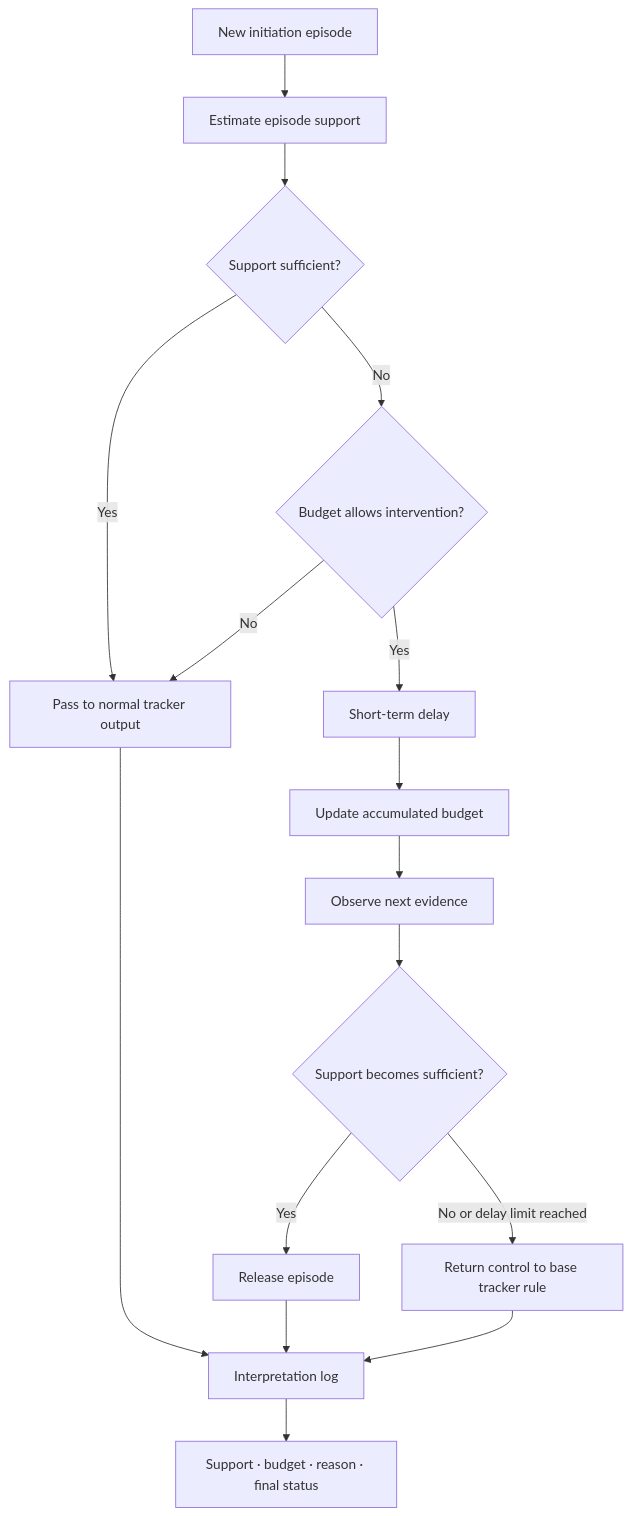
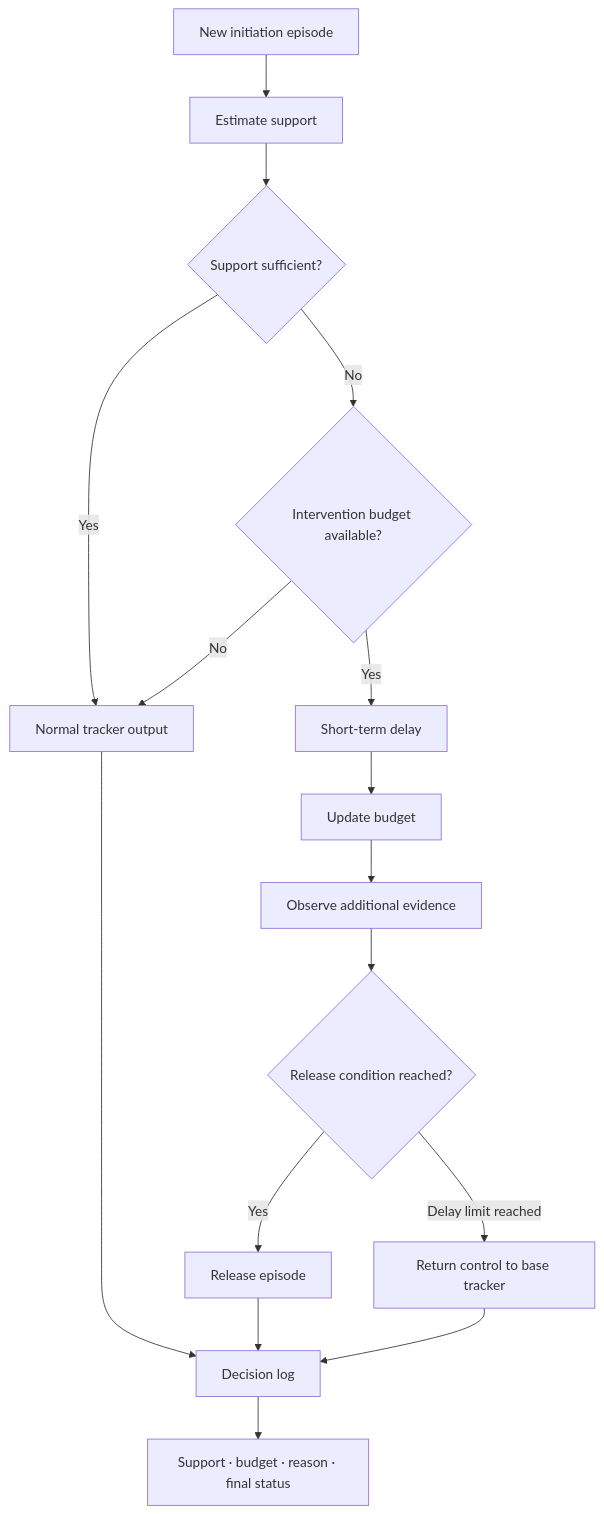
The second of 6 diagrams in README.md (lebedeffson/Defense4UAVSwarm), drawn with Mermaid before and after one commit. The commit also changed other lines of this file and 5 other files, not shown here.

````diff
--- a/README.md
+++ b/README.md
@@ -63,18 +67,18 @@
 ```mermaid
 flowchart TD
-    A[New initiation episode] --> B[Estimate episode support]
+    A[New initiation episode] --> B[Estimate support]
     B --> C{Support sufficient?}
-    C -->|Yes| D[Pass to normal tracker output]
-    C -->|No| E{Budget allows intervention?}
+    C -->|Yes| D[Normal tracker output]
+    C -->|No| E{Intervention budget available?}
     E -->|No| D
     E -->|Yes| F[Short-term delay]
-    F --> G[Update accumulated budget]
-    G --> H[Observe next evidence]
-    H --> I{Support becomes sufficient?}
+    F --> G[Update budget]
+    G --> H[Observe additional evidence]
+    H --> I{Release condition reached?}
     I -->|Yes| J[Release episode]
-    I -->|No or delay limit reached| K[Return control to base tracker rule]
-    D --> L[Interpretation log]
+    I -->|Delay limit reached| K[Return control to base tracker]
+    D --> L[Decision log]
     J --> L
     K --> L
     L --> M[Support · budget · reason · final status]
 ```
````
